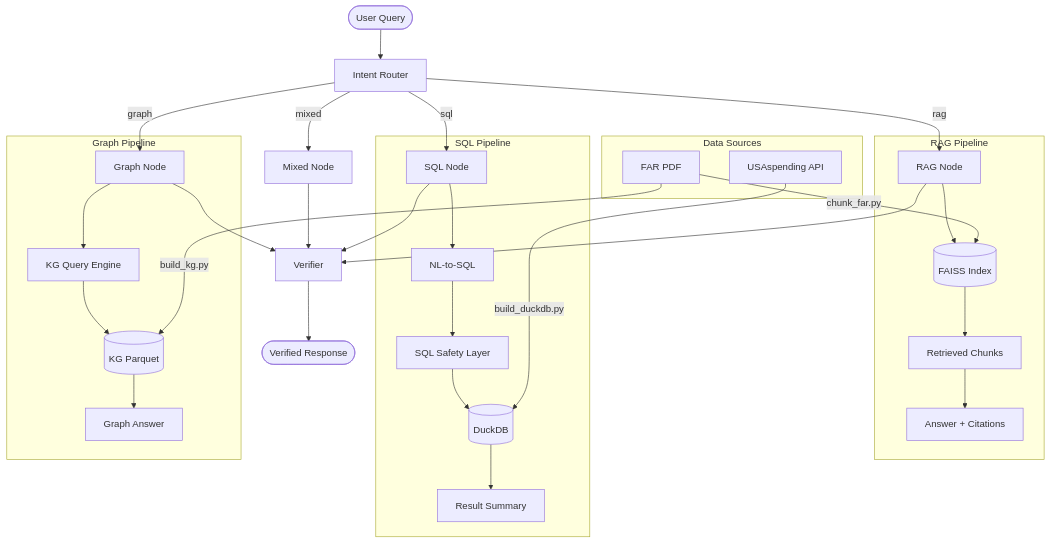
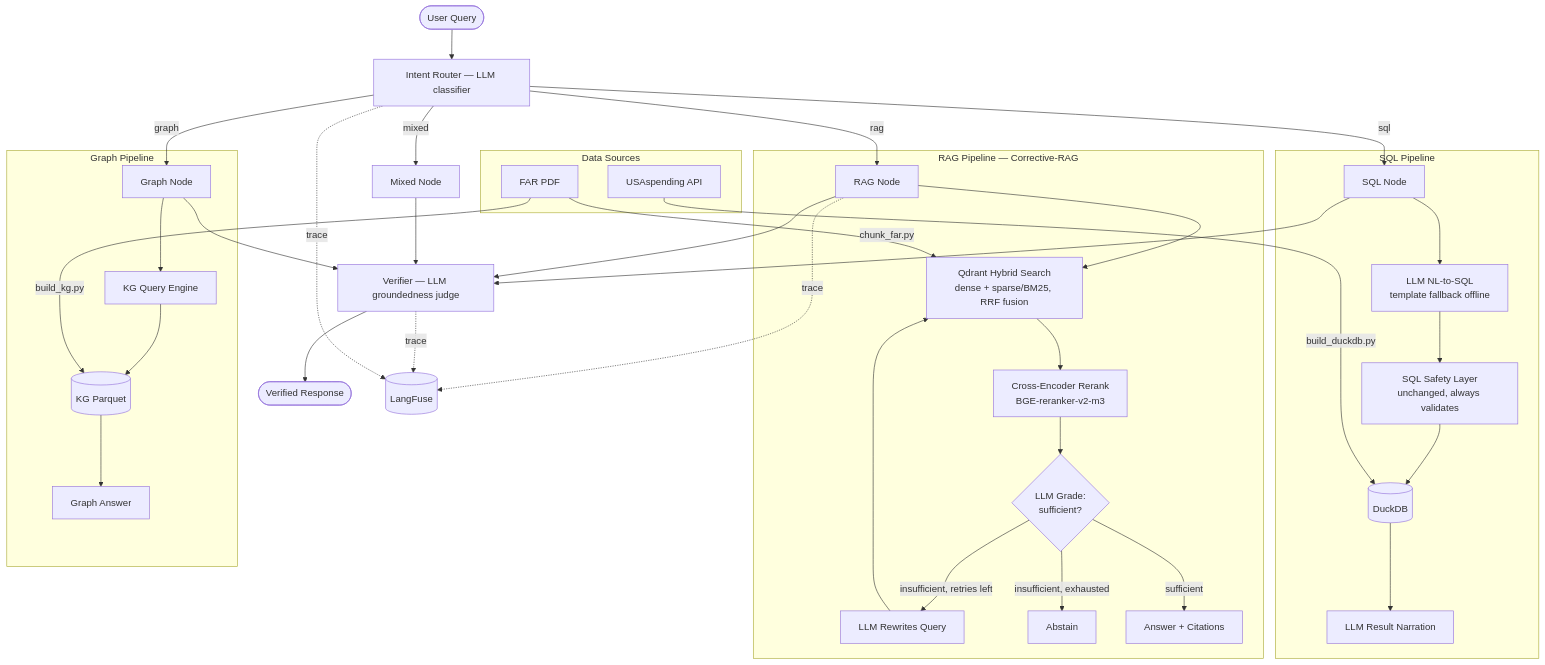
The diagram in README.md (fenicXs/procurement-copilot), drawn with Mermaid before and after one commit. The commit also changed other lines of this file and 32 other files, not shown here.

First line of the commit message:
Upgrade to a genuinely agentic RAG pipeline (7-day plan, Days 1-7)

````diff
--- a/README.md
+++ b/README.md
@@ -11,41 +11,49 @@
 ```mermaid
 graph TD
-    User([User Query]) --> IR[Intent Router]
+    User([User Query]) --> IR[Intent Router — LLM classifier]
 
     IR -->|rag| RAG[RAG Node]
     IR -->|sql| SQL[SQL Node]
     IR -->|graph| GR[Graph Node]
     IR -->|mixed| MX[Mixed Node]
 
-    RAG --> VER[Verifier]
+    RAG --> VER[Verifier — LLM groundedness judge]
     SQL --> VER
     GR --> VER
     MX --> VER
 
     VER --> RESP([Verified Response])
 
-    subgraph "RAG Pipeline"
-        RAG --> FAISS[(FAISS Index)]
-        FAISS --> CHUNKS[Retrieved Chunks]
-        CHUNKS --> RAGA[Answer + Citations]
+    subgraph "RAG Pipeline — Corrective-RAG"
+        RAG --> RETR[Qdrant Hybrid Search<br/>dense + sparse/BM25, RRF fusion]
+        RETR --> RERANK[Cross-Encoder Rerank<br/>BGE-reranker-v2-m3]
+        RERANK --> GRADE{LLM Grade:<br/>sufficient?}
+        GRADE -->|insufficient, retries left| REWRITE[LLM Rewrites Query]
+        REWRITE --> RETR
+        GRADE -->|insufficient, exhausted| ABSTAIN[Abstain]
+        GRADE -->|sufficient| RAGA[Answer + Citations]
     end
 
     subgraph "SQL Pipeline"
-        SQL --> NL2SQL[NL-to-SQL]
-        NL2SQL --> SAFE[SQL Safety Layer]
+        SQL --> NL2SQL[LLM NL-to-SQL<br/>template fallback offline]
+        NL2SQL --> SAFE[SQL Safety Layer<br/>unchanged, always validates]
         SAFE --> DUCK[(DuckDB)]
-        DUCK --> SQLA[Result Summary]
+        DUCK --> SQLA[LLM Result Narration]
     end
 
     subgraph "Graph Pipeline"
         GR --> KGQ[KG Query Engine]
         KGQ --> KG[(KG Parquet)]
         KG --> GRPA[Graph Answer]
     end
 
     subgraph "Data Sources"
-        FAR[FAR PDF] -->|chunk_far.py| FAISS
+        FAR[FAR PDF] -->|chunk_far.py| RETR
         FAR -->|build_kg.py| KG
         USA[USAspending API] -->|build_duckdb.py| DUCK
     end
+
+    VER -.trace.-> LF[(LangFuse)]
+    IR -.trace.-> LF
+    RAG -.trace.-> LF
 ```
````
